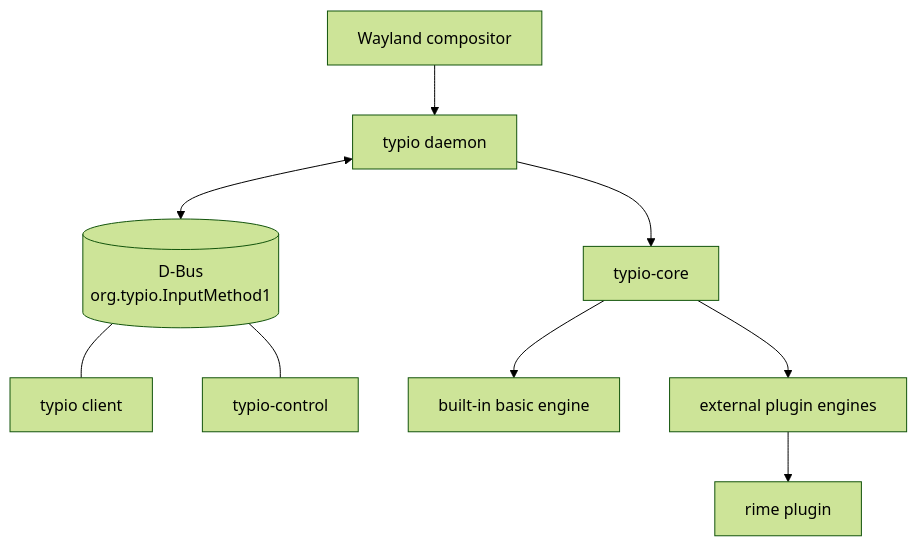
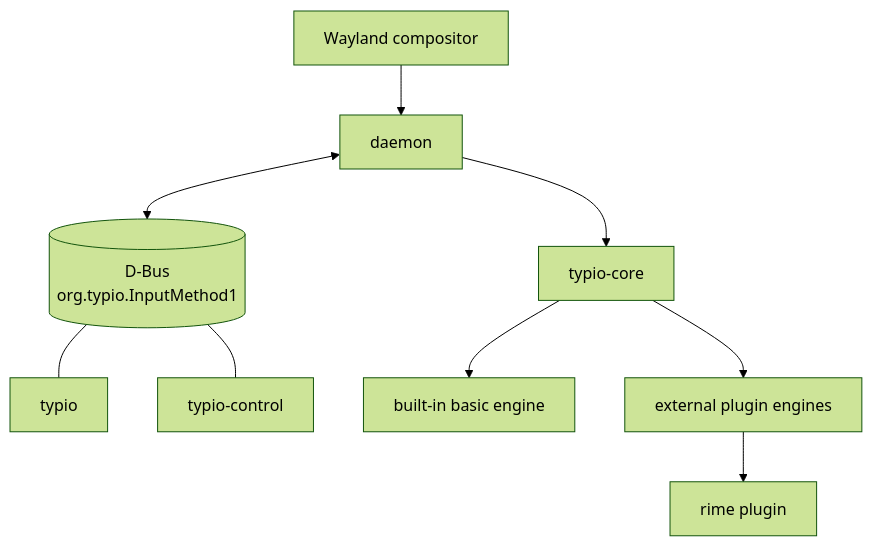
The diagram in docs/explanation/architecture-overview.md (ming2k/typio), drawn with Mermaid (forest theme) before and after one commit. The commit also changed other lines of this file and 321 other files, not shown here.

````diff
--- a/docs/explanation/architecture-overview.md
+++ b/docs/explanation/architecture-overview.md
@@ -7,21 +7,21 @@
 ```mermaid
 flowchart TD
     WC[Wayland compositor]
-    Daemon[typio daemon]
+    Daemon[daemon]
     DBus[("D-Bus<br/>org.typio.InputMethod1")]
-    Client[typio client]
+    Client[typio]
     Control[typio-control]
     Core[typio-core]
     Basic[built-in basic engine]
     Plugins[external plugin engines]
     Rime[rime plugin]
 
     WC --> Daemon
     Daemon <--> DBus
     DBus --- Client
     DBus --- Control
     Daemon --> Core
     Core --> Basic
     Core --> Plugins
     Plugins --> Rime
 ```
````
